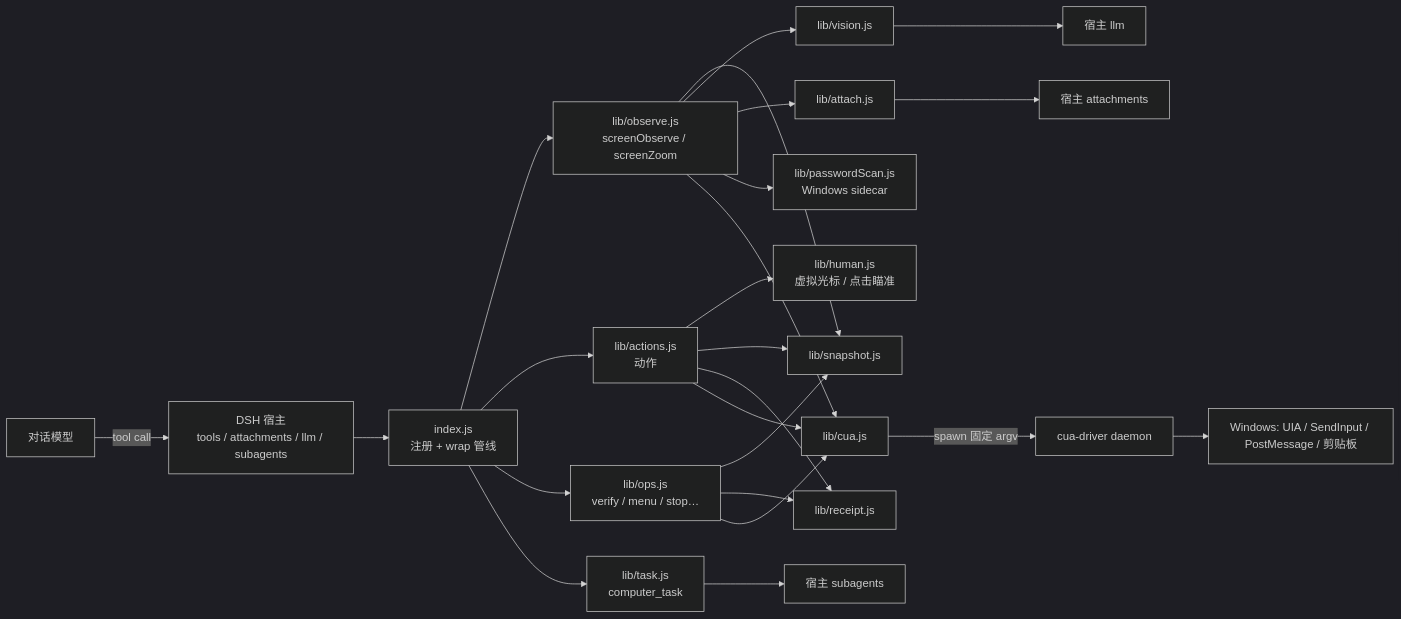
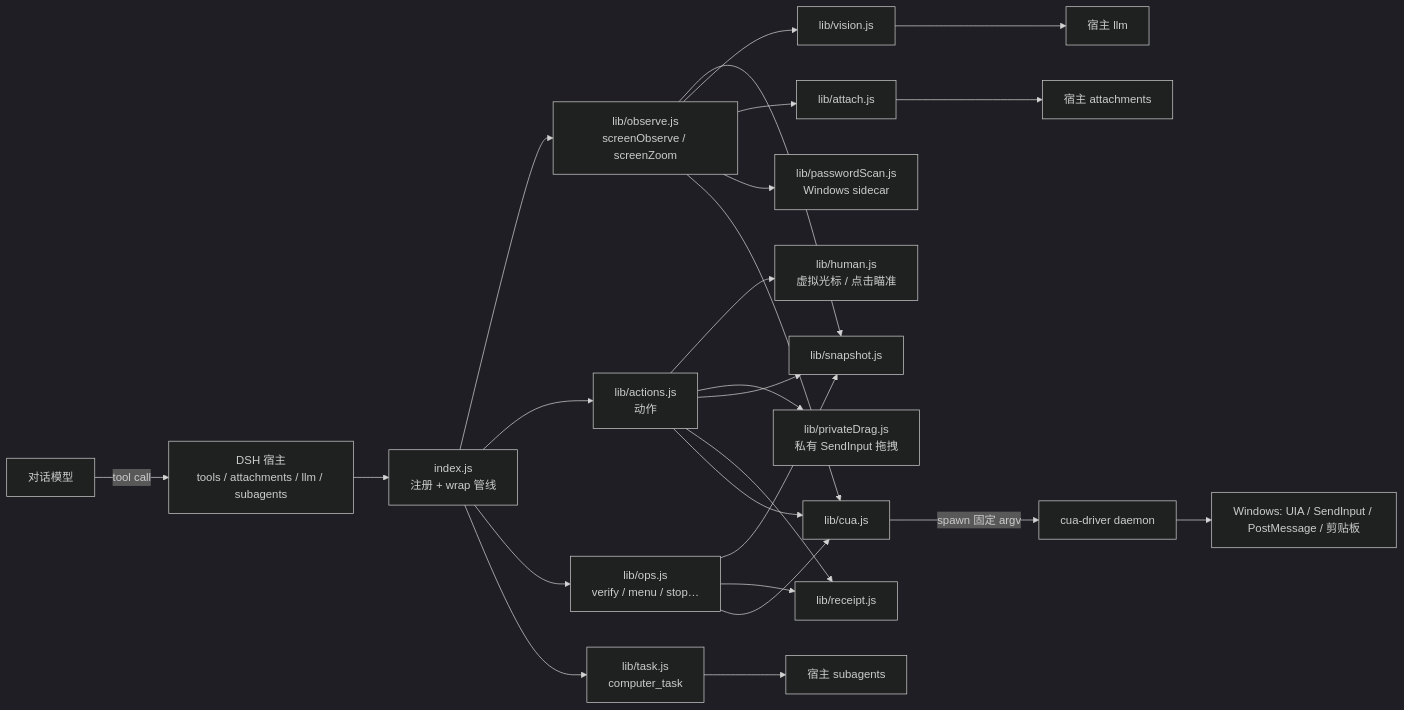
One commit to orangeofcarl0-sys/dsh-win-computer-use changed the first of 4 diagrams in docs/ARCHITECTURE.md. Above: the diagram before and after it, drawn with Mermaid (dark theme). The commit also changed other lines of this file and 22 other files, not shown here.

First line of the commit message:
0.5.7 私有拖拽：SendInput helper、modifier/button/dwell_ms、WinForms 3/3

````diff
--- a/docs/ARCHITECTURE.md
+++ b/docs/ARCHITECTURE.md
@@ -25,26 +25,27 @@
 ```mermaid
 flowchart LR
   M["对话模型"] -->|tool call| H["DSH 宿主<br/>tools / attachments / llm / subagents"]
   H --> P["index.js<br/>注册 + wrap 管线"]
   P --> OBS["lib/observe.js<br/>screenObserve / screenZoom"]
   P --> ACT["lib/actions.js<br/>动作"]
   P --> OPS["lib/ops.js<br/>verify / menu / stop…"]
   P --> TASK["lib/task.js<br/>computer_task"]
   ACT --> HUMAN["lib/human.js<br/>虚拟光标 / 点击瞄准"]
+  ACT --> PRIV["lib/privateDrag.js<br/>私有 SendInput 拖拽"]
   OBS --> SNAP["lib/snapshot.js"]
   ACT --> SNAP
   OPS --> SNAP
   OBS --> VIS["lib/vision.js"]
   OBS --> ATT["lib/attach.js"]
   OBS --> PS["lib/passwordScan.js<br/>Windows sidecar"]
   ACT --> RECEIPT["lib/receipt.js"]
   OPS --> RECEIPT
   OBS --> CUA["lib/cua.js"]
   ACT --> CUA
   OPS --> CUA
   TASK --> SUB["宿主 subagents"]
   VIS --> LLM["宿主 llm"]
   ATT --> ATTS["宿主 attachments"]
   CUA -->|"spawn 固定 argv"| DRV["cua-driver daemon"]
   DRV --> OS["Windows: UIA / SendInput / PostMessage / 剪贴板"]
 ```
````
